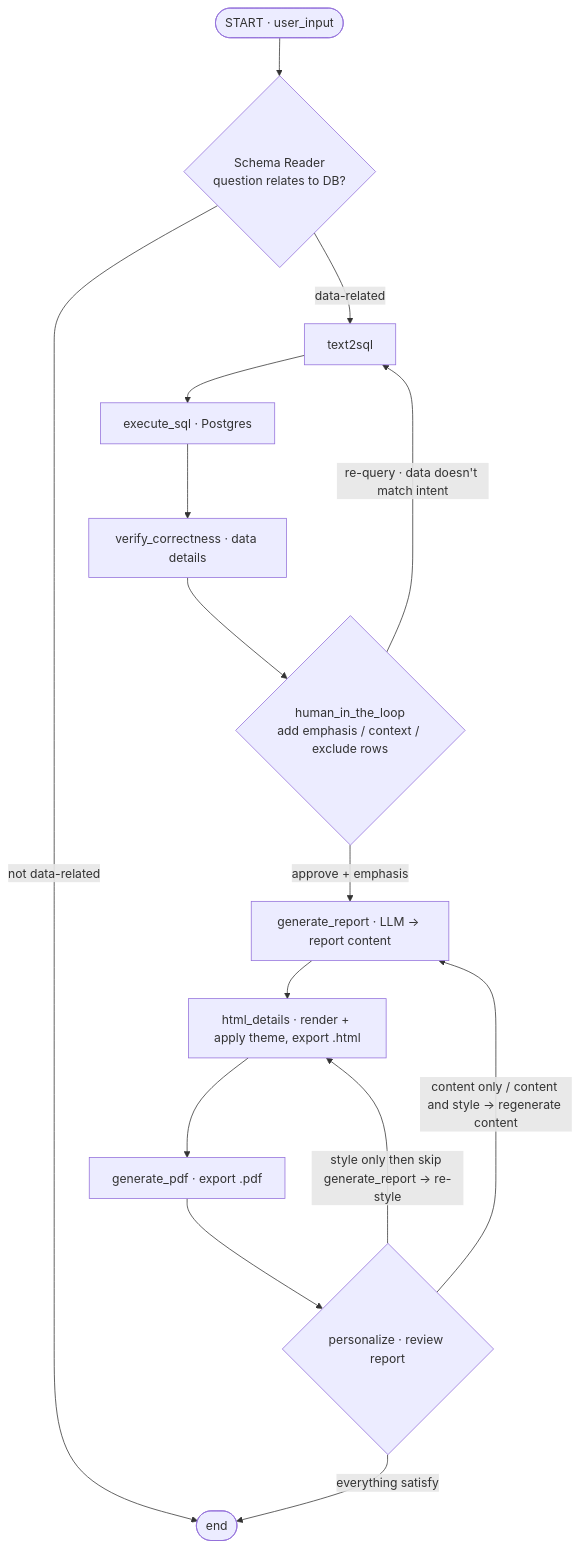
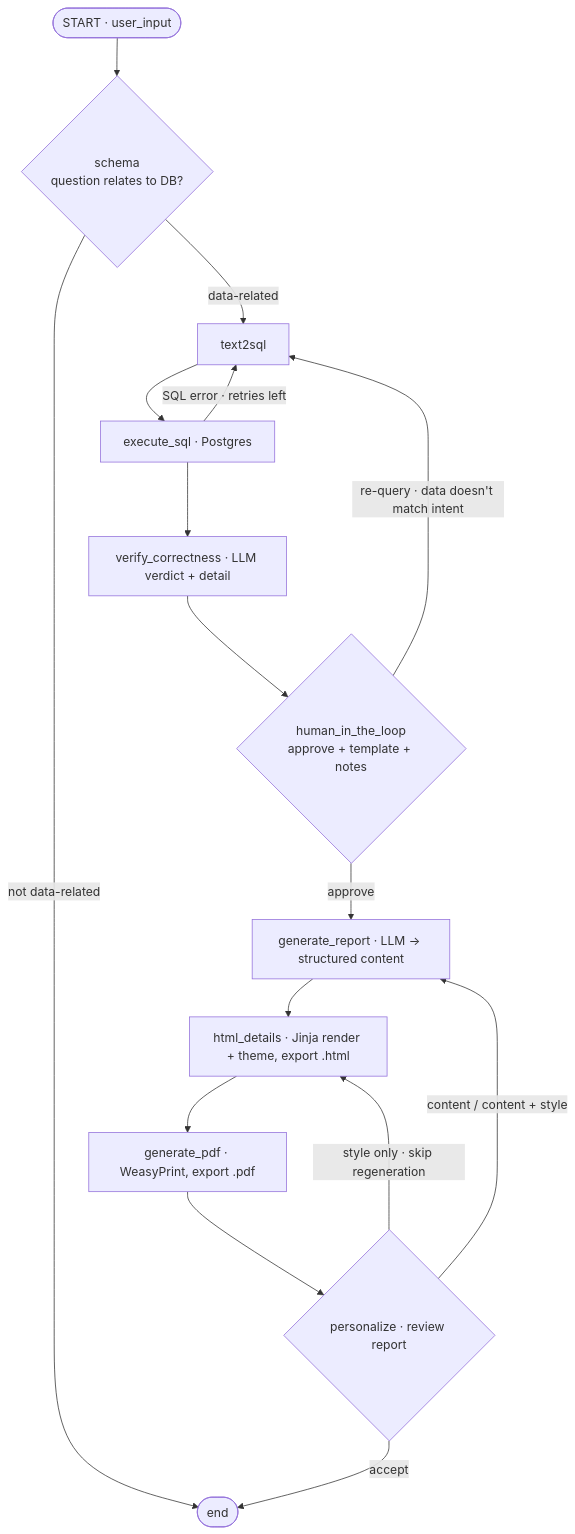
The diagram in app/docs/graph_draft.md (Nattawat1409/LLM-Auto-Generate-report), drawn with Mermaid before and after one commit. The commit also changed other lines of this file and 2 other files, not shown here.

````diff
--- a/app/docs/graph_draft.md
+++ b/app/docs/graph_draft.md
@@ -1,17 +8,18 @@
 ```mermaid
 flowchart TD
-    START([START · user_input]) --> SCHEMA{Schema Reader<br/>question relates to DB?}
+    START([START · user_input]) --> SCHEMA{schema<br/>question relates to DB?}
     SCHEMA -->|not data-related| DONE([end])
     SCHEMA -->|data-related| T2S[text2sql]
     T2S --> EXEC[execute_sql · Postgres]
-    EXEC --> VERIFY[verify_correctness · data details]
-    VERIFY --> HITL{human_in_the_loop<br/>add emphasis / context / exclude rows}
+    EXEC -->|SQL error · retries left| T2S
+    EXEC --> VERIFY[verify_correctness · LLM verdict + detail]
+    VERIFY --> HITL{human_in_the_loop<br/>approve + template + notes}
     HITL -->|re-query · data doesn't match intent| T2S
-    HITL -->|approve + emphasis| GEN[generate_report · LLM → report content]
-    GEN --> HTMLD[html_details · render + apply theme, export .html]
-    HTMLD --> PDF[generate_pdf · export .pdf]
+    HITL -->|approve| GEN[generate_report · LLM → structured content]
+    GEN --> HTMLD[html_details · Jinja render + theme, export .html]
+    HTMLD --> PDF[generate_pdf · WeasyPrint, export .pdf]
     PDF --> PERS{personalize · review report}
-    PERS -->|content only / content and style → regenerate content| GEN
-    PERS -->|style only then skip generate_report → re-style| HTMLD
-    PERS -->|everything satisfy| DONE
+    PERS -->|content / content + style| GEN
+    PERS -->|style only · skip regeneration| HTMLD
+    PERS -->|accept| DONE
 ```
````
